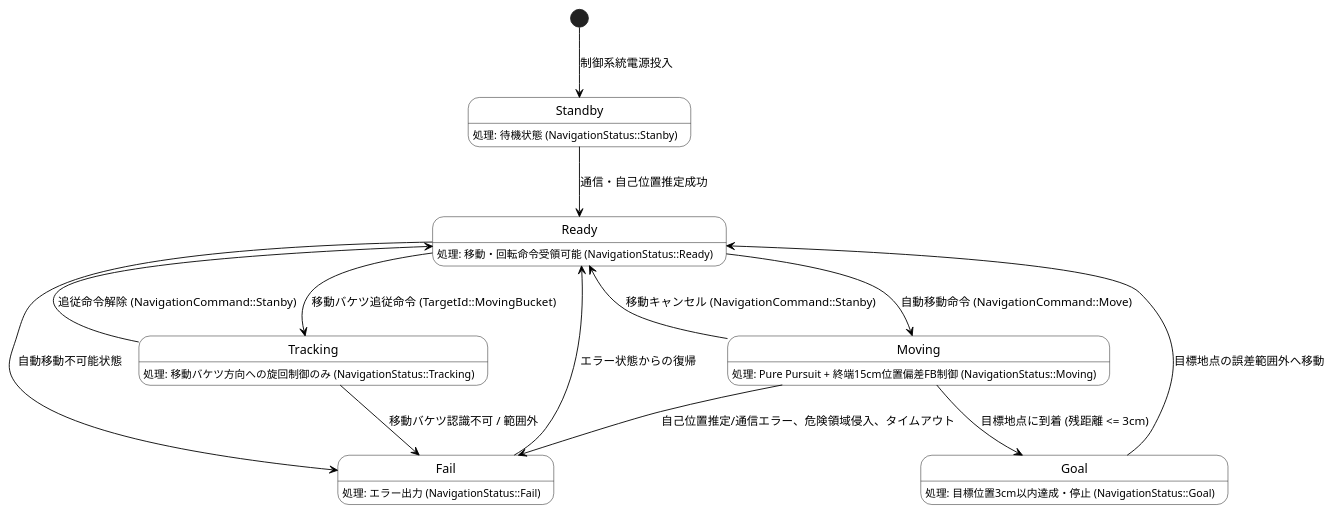
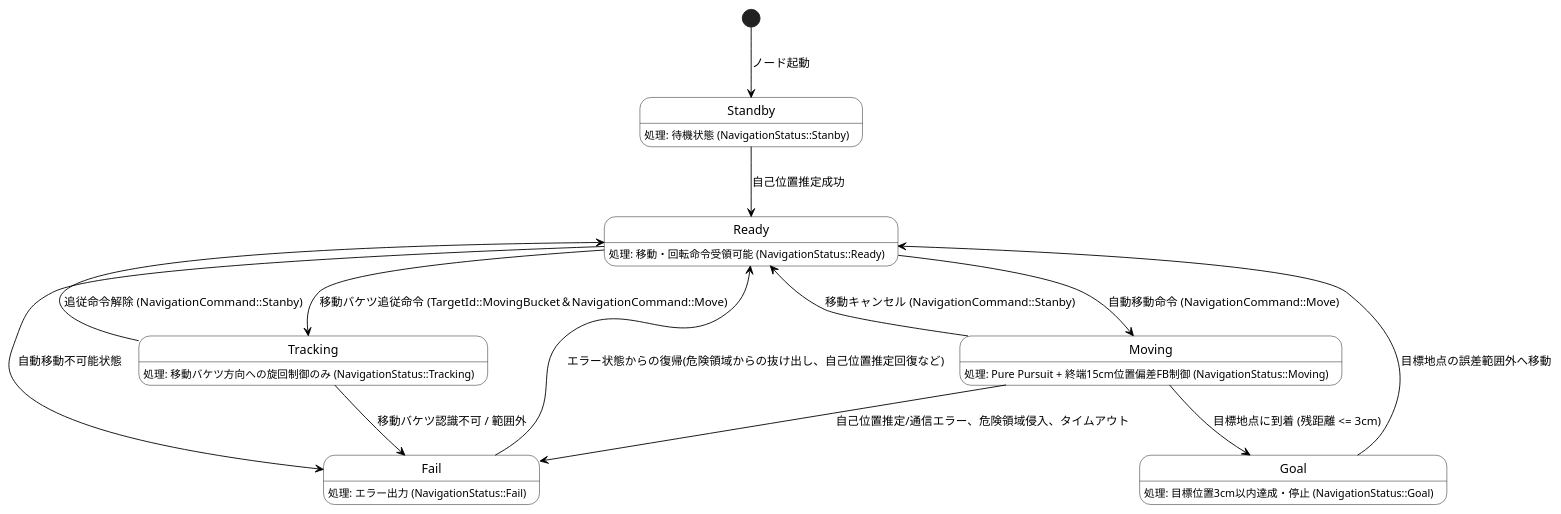
One commit to tmcit-ararobo-2026a/system-design changed the diagram in automation/navigation_state.pu. Above: the diagram before and after it, drawn with PlantUML. The commit also changed 2 other files, not shown here.

```diff
--- a/automation/navigation_state.pu
+++ b/automation/navigation_state.pu
@@ -1,29 +1,29 @@
 @startuml
 skinparam state {
   BackgroundColor White
   BorderColor Black
   ArrowColor Black
 }
 
-[*] --> Standby : 制御系統電源投入
+[*] --> Standby : ノード起動
 
-Standby --> Ready : 通信・自己位置推定成功
+Standby --> Ready : 自己位置推定成功
 Ready --> Moving : 自動移動命令 (NavigationCommand::Move)
 Moving --> Fail : 自己位置推定/通信エラー、危険領域侵入、タイムアウト
 Moving --> Goal : 目標地点に到着 (残距離 <= 3cm)
 Moving --> Ready : 移動キャンセル (NavigationCommand::Stanby)
 Goal --> Ready : 目標地点の誤差範囲外へ移動
-Ready --> Tracking : 移動バケツ追従命令 (TargetId::MovingBucket)
+Ready --> Tracking : 移動バケツ追従命令 (TargetId::MovingBucket＆NavigationCommand::Move)
 Tracking --> Fail : 移動バケツ認識不可 / 範囲外
 Tracking --> Ready : 追従命令解除 (NavigationCommand::Stanby)
 Ready --> Fail : 自動移動不可能状態
-Fail --> Ready : エラー状態からの復帰
+Fail --> Ready : エラー状態からの復帰(危険領域からの抜け出し、自己位置推定回復など)
 
 Standby : 処理: 待機状態 (NavigationStatus::Stanby)
 Ready : 処理: 移動・回転命令受領可能 (NavigationStatus::Ready)
 Moving : 処理: Pure Pursuit + 終端15cm位置偏差FB制御 (NavigationStatus::Moving)
 Goal : 処理: 目標位置3cm以内達成・停止 (NavigationStatus::Goal)
 Tracking : 処理: 移動バケツ方向への旋回制御のみ (NavigationStatus::Tracking)
 Fail : 処理: エラー出力 (NavigationStatus::Fail)
 
 @endluml
```
